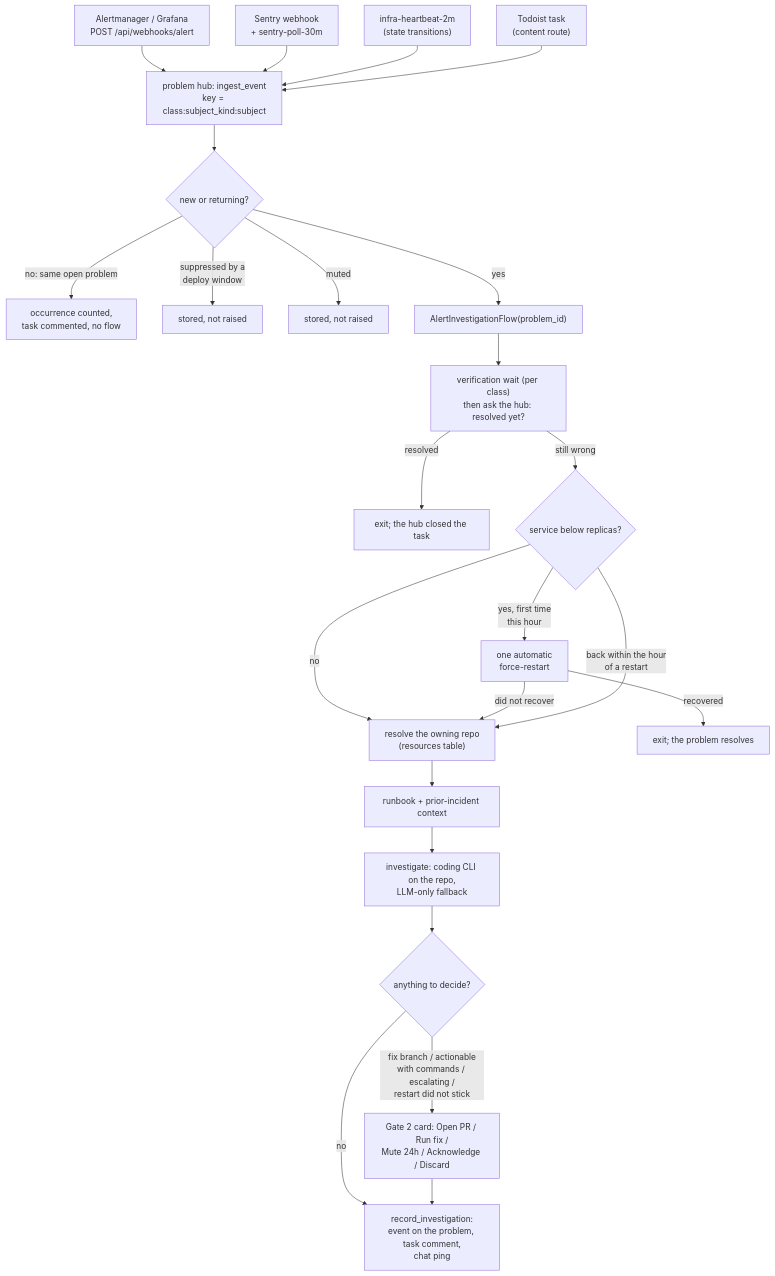
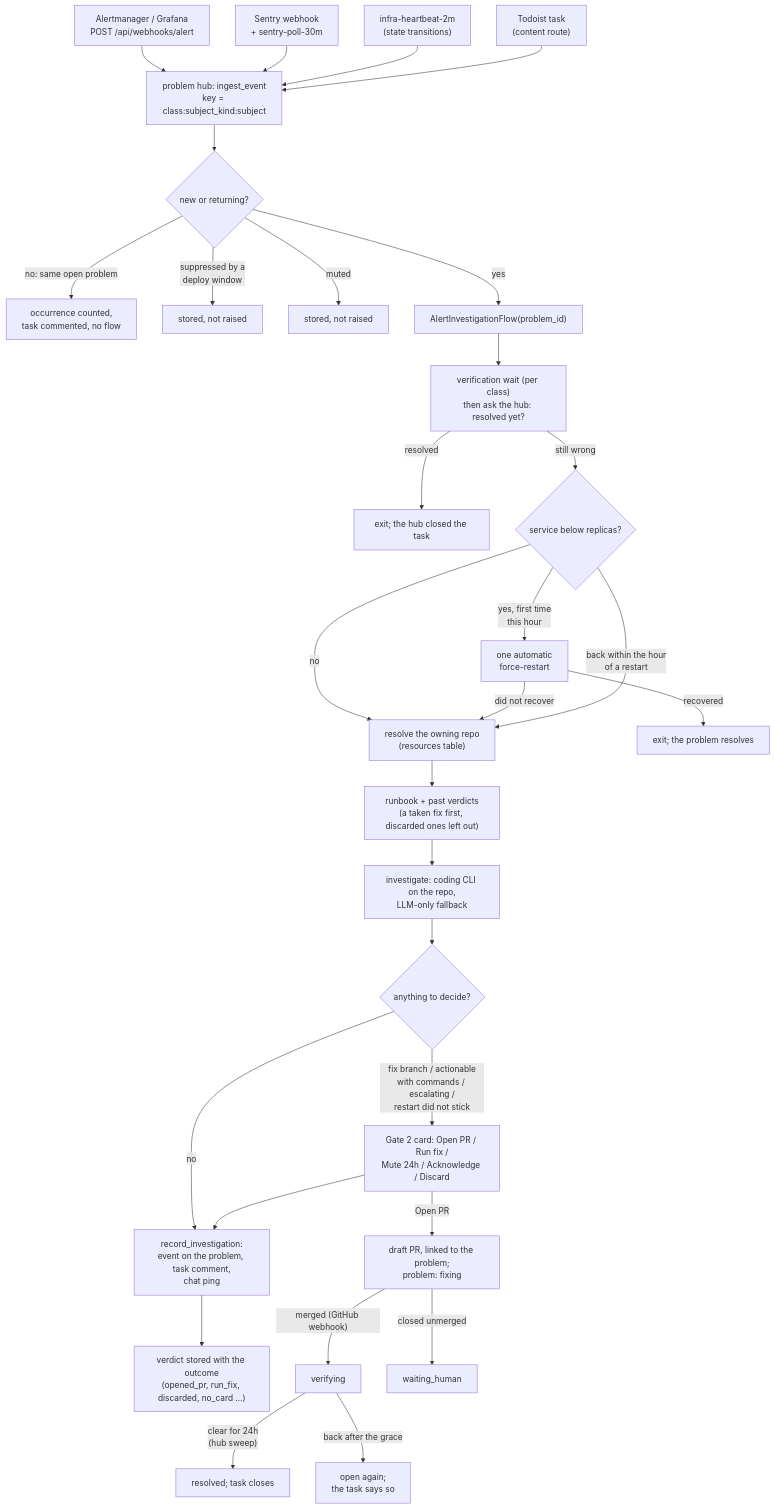
The second of 2 diagrams in docs/how-it-works.md (hikmahtech/aegis), drawn with Mermaid before and after one commit. The commit also changed other lines of this file and 4 other files, not shown here.

````diff
--- a/docs/how-it-works.md
+++ b/docs/how-it-works.md
@@ -481,26 +482,32 @@
 ```mermaid
 flowchart TD
     AM["Alertmanager / Grafana<br/>POST /api/webhooks/alert"] --> HUB
     SN["Sentry webhook<br/>+ sentry-poll-30m"] --> HUB
     HB["infra-heartbeat-2m<br/>(state transitions)"] --> HUB
     TT["Todoist task<br/>(content route)"] --> HUB
     HUB["problem hub: ingest_event<br/>key = class:subject_kind:subject"] --> DEC{"new or returning?"}
     DEC -- "no: same open problem" --> X2["occurrence counted,<br/>task commented, no flow"]
     DEC -- "suppressed by a<br/>deploy window" --> X3["stored, not raised"]
     DEC -- "muted" --> X4["stored, not raised"]
     DEC -- yes --> AI["AlertInvestigationFlow(problem_id)"]
     AI --> VD["verification wait (per class)<br/>then ask the hub: resolved yet?"]
     VD -- resolved --> X5["exit; the hub closed the task"]
     VD -- "still wrong" --> RS{"service below replicas?"}
     RS -- "no" --> RR["resolve the owning repo<br/>(resources table)"]
     RS -- "yes, first time<br/>this hour" --> FR["one automatic<br/>force-restart"]
     FR -- recovered --> X6["exit; the problem resolves"]
     FR -- "did not recover" --> RR
     RS -- "back within the hour<br/>of a restart" --> RR
-    RR --> KC["runbook + prior-incident context"]
+    RR --> KC["runbook + past verdicts<br/>(a taken fix first, discarded ones left out)"]
     KC --> IV["investigate: coding CLI on the repo,<br/>LLM-only fallback"]
     IV --> VE{"anything to decide?"}
     VE -- "no" --> NO["record_investigation:<br/>event on the problem, task comment,<br/>chat ping"]
     VE -- "fix branch / actionable<br/>with commands / escalating /<br/>restart did not stick" --> G2["Gate 2 card: Open PR / Run fix /<br/>Mute 24h / Acknowledge / Discard"]
     G2 --> NO
+    NO --> KG["verdict stored with the outcome<br/>(opened_pr, run_fix, discarded, no_card …)"]
+    G2 -- "Open PR" --> PR["draft PR, linked to the problem;<br/>problem: fixing"]
+    PR -- "merged (GitHub webhook)" --> VF["verifying"]
+    PR -- "closed unmerged" --> WH["waiting_human"]
+    VF -- "clear for 24h<br/>(hub sweep)" --> OK["resolved; task closes"]
+    VF -- "back after the grace" --> RO["open again;<br/>the task says so"]
 ```
````
